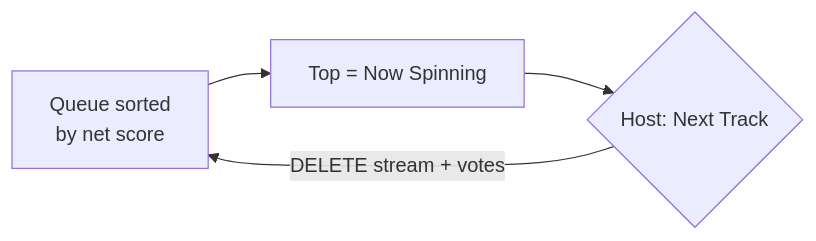
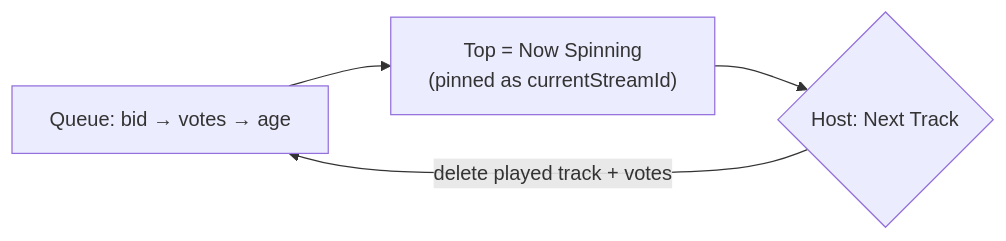
The eighth of 11 diagrams in README.md (GEET3001/Muzer), drawn with Mermaid before and after one commit. The commit also changed other lines of this file, not shown here.

Commit message:
Document bidding, payouts, and queue ordering in README

````diff
--- a/README.md
+++ b/README.md
@@ -129,6 +189,6 @@
 ```mermaid
 flowchart LR
-  Q[Queue sorted<br/>by net score] --> N[Top = Now Spinning]
-  N --> H{Host: Next Track}
-  H -->|DELETE stream + votes| Q
+  Q["Queue: bid → votes → age"] --> N["Top = Now Spinning<br/>(pinned as currentStreamId)"]
+  N --> H{"Host: Next Track"}
+  H -->|delete played track + votes| Q
 ```
````
